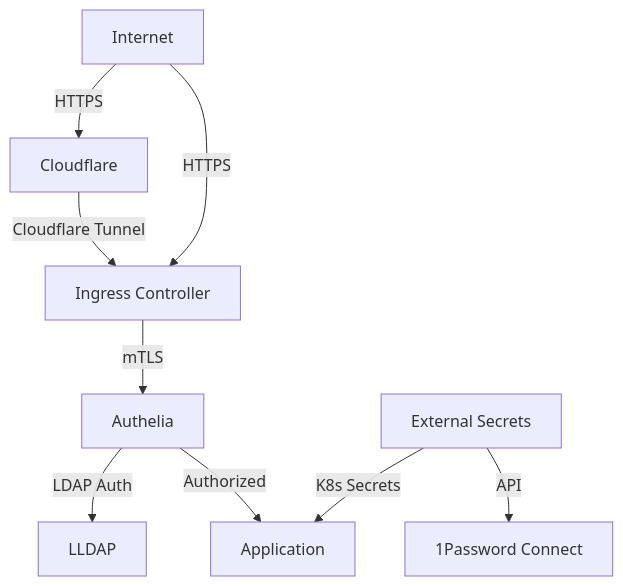
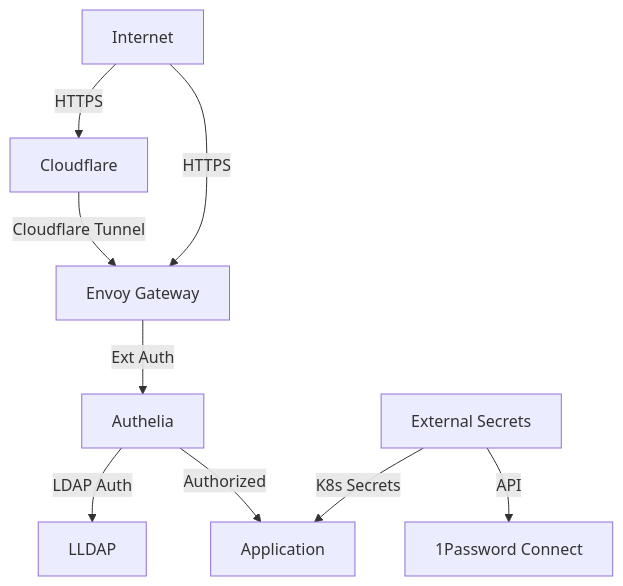
Before and after one commit to adampetrovic/home-ops: the second of 3 diagrams in README.md, drawn with Mermaid. The commit also changed other lines of this file, not shown here.

````diff
--- a/README.md
+++ b/README.md
@@ -191,11 +198,11 @@
 ```mermaid
 graph TD
     A[Internet] -->|HTTPS| B[Cloudflare]
-    B -->|Cloudflare Tunnel| C[Ingress Controller]
+    B -->|Cloudflare Tunnel| C[Envoy Gateway]
     A -->|HTTPS| C
-    C -->|mTLS| D[Authelia]
+    C -->|Ext Auth| D[Authelia]
     D -->|LDAP Auth| E[LLDAP]
     D -->|Authorized| F[Application]
     G[External Secrets] -->|API| H[1Password Connect]
     G -->|K8s Secrets| F
 ```
````
